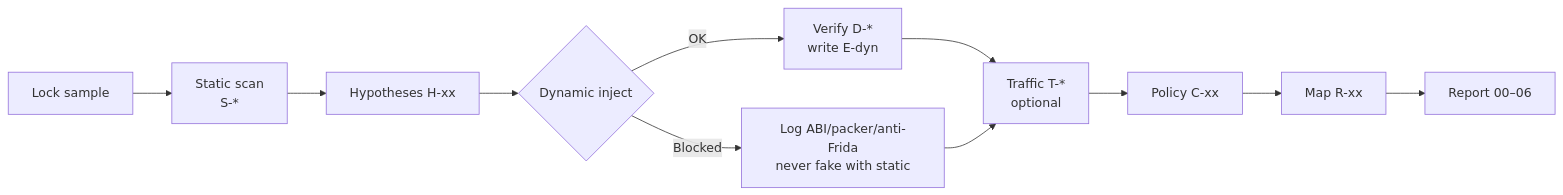
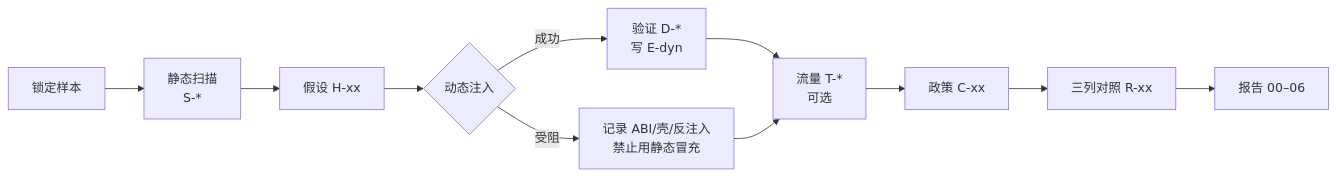
One commit to ConradLu2740/app-privacy-audit changed the third of 5 diagrams in README.md. Above: the diagram before and after it, drawn with Mermaid. The commit also changed other lines of this file and 4 other files, not shown here.

````diff
--- a/README.md
+++ b/README.md
@@ -92,13 +134,13 @@
 ```mermaid
 flowchart LR
-  A["Lock sample"] --> B["Static scan<br/>S-*"]
-  B --> C["Hypotheses H-xx"]
-  C --> D{"Dynamic inject"}
-  D -->|OK| E["Verify D-*<br/>write E-dyn"]
-  D -->|Blocked| F["Log ABI/packer/anti-Frida<br/>never fake with static"]
-  E --> G["Traffic T-*<br/>optional"]
+  A["锁定样本"] --> B["静态扫描<br/>S-*"]
+  B --> C["假设 H-xx"]
+  C --> D{"动态注入"}
+  D -->|成功| E["验证 D-*<br/>写 E-dyn"]
+  D -->|受阻| F["记录 ABI/壳/反注入<br/>禁止用静态冒充"]
+  E --> G["流量 T-*<br/>可选"]
   F --> G
-  G --> H["Policy C-xx"]
-  H --> I["Map R-xx"]
-  I --> J["Report 00–06"]
+  G --> H["政策 C-xx"]
+  H --> I["三列对照 R-xx"]
+  I --> J["报告 00–06"]
 ```
````
